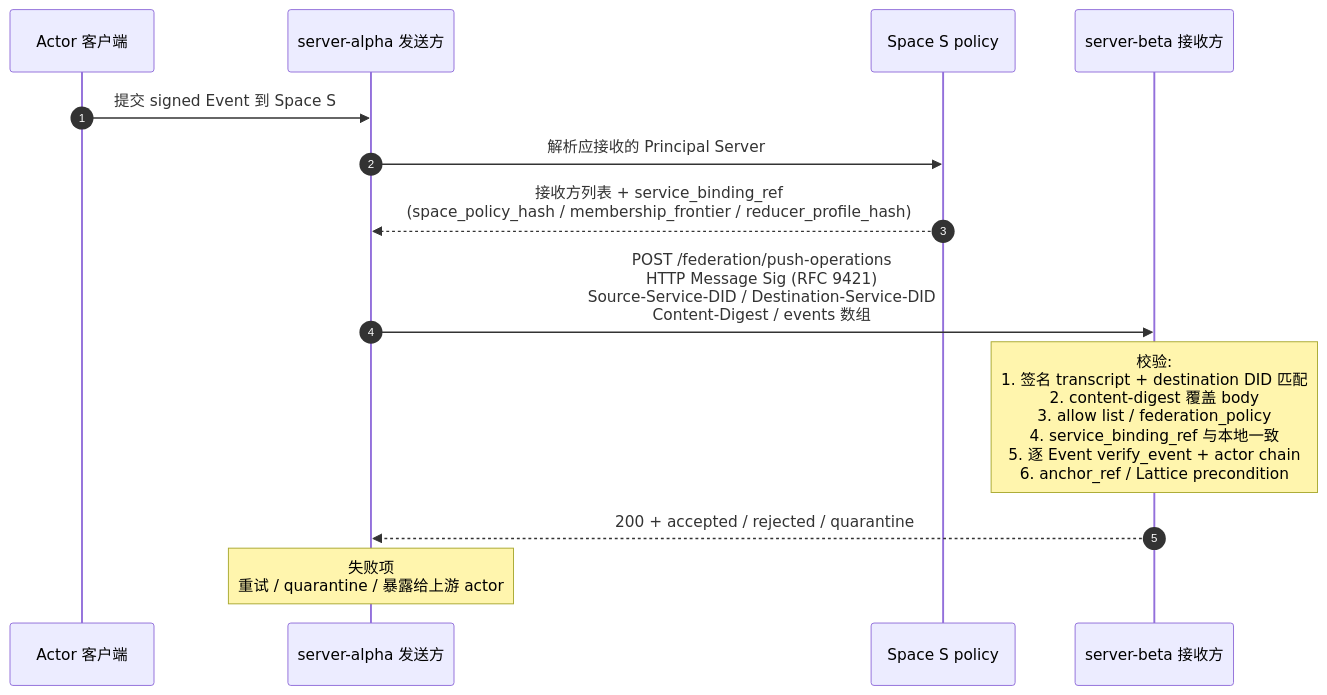
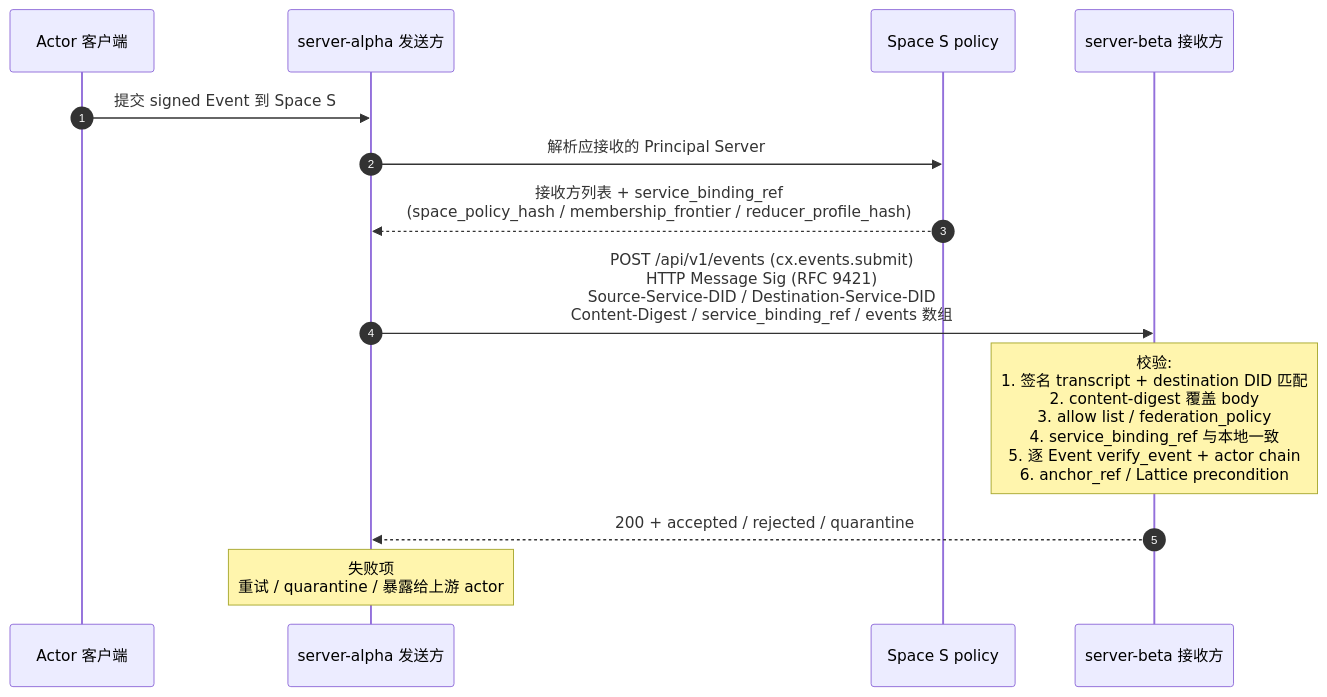
The diagram in spec/v1/zh/sync/federation.md (arkret-org/arkret-spec), drawn with Mermaid before and after one commit. The commit also changed other lines of this file and 23 other files, not shown here.

````diff
--- a/spec/v1/zh/sync/federation.md
+++ b/spec/v1/zh/sync/federation.md
@@ -180,16 +185,16 @@
 ```mermaid
 sequenceDiagram
     autonumber
     participant Cli as Actor 客户端
     participant Alpha as server-alpha 发送方
     participant Pol as Space S policy
     participant Beta as server-beta 接收方
 
     Cli->>Alpha: 提交 signed Event 到 Space S
     Alpha->>Pol: 解析应接收的 Principal Server
     Pol-->>Alpha: 接收方列表 + service_binding_ref<br>(space_policy_hash / membership_frontier / reducer_profile_hash)
-    Alpha->>Beta: POST /federation/push-operations<br>HTTP Message Sig (RFC 9421)<br>Source-Service-DID / Destination-Service-DID<br>Content-Digest / events 数组
+    Alpha->>Beta: POST /api/v1/events (cx.events.submit)<br>HTTP Message Sig (RFC 9421)<br>Source-Service-DID / Destination-Service-DID<br>Content-Digest / service_binding_ref / events 数组
     note over Beta: 校验:<br>1. 签名 transcript + destination DID 匹配<br>2. content-digest 覆盖 body<br>3. allow list / federation_policy<br>4. service_binding_ref 与本地一致<br>5. 逐 Event verify_event + actor chain<br>6. anchor_ref / Lattice precondition
     Beta-->>Alpha: 200 + accepted / rejected / quarantine
     note over Alpha: 失败项<br>重试 / quarantine / 暴露给上游 actor
 ```
````
